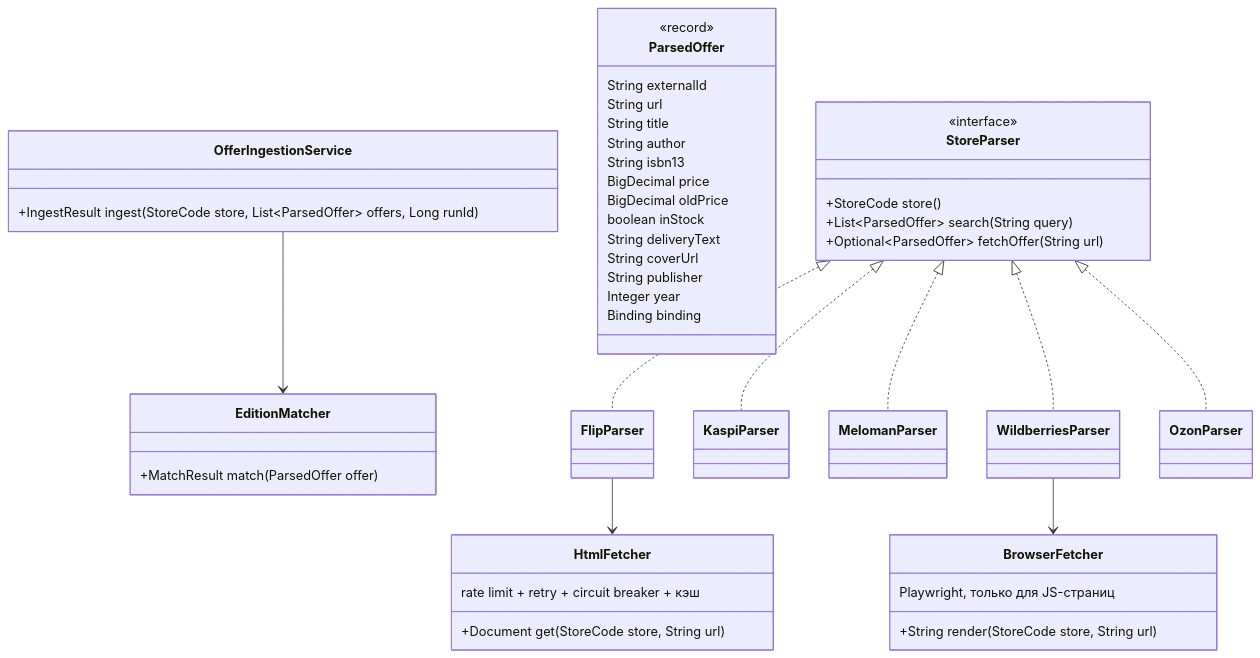
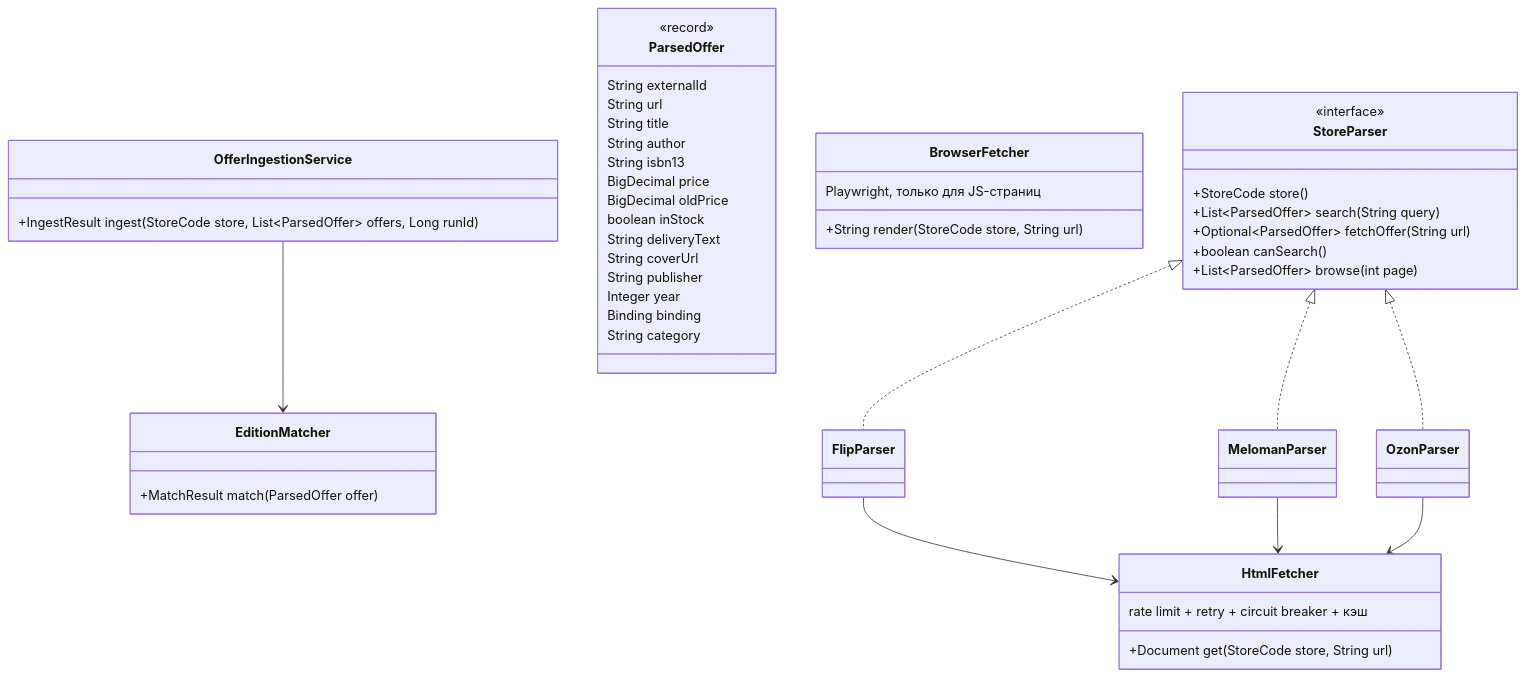
Before and after one commit to nurbolatdev/book-price-aggregator: the diagram in docs/05-parsing-policy.md, drawn with Mermaid. The commit also changed other lines of this file and 2 other files, not shown here.

Commit message:
docs: update store notes and milestone status

````diff
--- a/docs/05-parsing-policy.md
+++ b/docs/05-parsing-policy.md
@@ -18,47 +18,49 @@
 ```mermaid
 classDiagram
     class StoreParser {
         <<interface>>
         +StoreCode store()
         +List~ParsedOffer~ search(String query)
         +Optional~ParsedOffer~ fetchOffer(String url)
+        +boolean canSearch()
+        +List~ParsedOffer~ browse(int page)
     }
     class ParsedOffer {
         <<record>>
         String externalId
         String url
         String title
         String author
         String isbn13
         BigDecimal price
         BigDecimal oldPrice
         boolean inStock
         String deliveryText
         String coverUrl
         String publisher
         Integer year
         Binding binding
+        String category
     }
     class HtmlFetcher {
         +Document get(StoreCode store, String url)
         rate limit + retry + circuit breaker + кэш
     }
     class BrowserFetcher {
         +String render(StoreCode store, String url)
         Playwright, только для JS-страниц
     }
     class EditionMatcher {
         +MatchResult match(ParsedOffer offer)
     }
     class OfferIngestionService {
         +IngestResult ingest(StoreCode store, List~ParsedOffer~ offers, Long runId)
     }
     StoreParser <|.. FlipParser
-    StoreParser <|.. KaspiParser
     StoreParser <|.. MelomanParser
-    StoreParser <|.. WildberriesParser
     StoreParser <|.. OzonParser
     FlipParser --> HtmlFetcher
-    WildberriesParser --> BrowserFetcher
+    MelomanParser --> HtmlFetcher
+    OzonParser --> HtmlFetcher
     OfferIngestionService --> EditionMatcher
 ```
````
